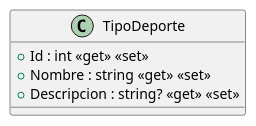
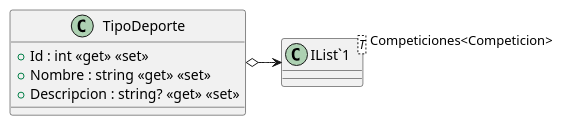
One commit to 2026-27AstonMartin/ISII2627AstonMartin changed the diagram in src/AppForSEII.API/ClassDiagram/Models/TipoDeporte.puml. Above: the diagram before and after it, drawn with PlantUML. The commit also changed 5 other files, not shown here.

Commit message:
Actualizar clase Competicion según el diagrama (#64) (#66)

```diff
--- a/src/AppForSEII.API/ClassDiagram/Models/TipoDeporte.puml
+++ b/src/AppForSEII.API/ClassDiagram/Models/TipoDeporte.puml
@@ -1,7 +1,10 @@
 @startuml
 class TipoDeporte {
     + Id : int <<get>> <<set>>
     + Nombre : string <<get>> <<set>>
     + Descripcion : string? <<get>> <<set>>
 }
+class "IList`1"<T> {
+}
+TipoDeporte o-> "Competiciones<Competicion>" "IList`1"
 @enduml
```
